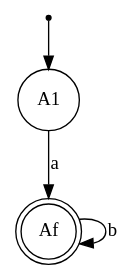
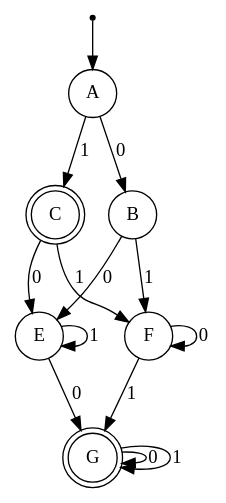
The diagram in examples/graphE.dot (Caramelo18/COMP-Project), drawn with Graphviz before and after one commit. The commit also changed 1 other file, not shown here.

```diff
--- a/examples/graphE.dot
+++ b/examples/graphE.dot
@@ -1,9 +1,19 @@
 digraph finite_state_machine {
     node [shape = point ]; Ai;
-    node [shape = doublecircle]; Af;
+    node [shape = doublecircle]; G; C;
 
     node [shape = circle];
-    Ai -> A1;
-    A1 -> Af [ label = "a" ];
-    Af -> Af  [ label = "b" ];
+    Ai -> A;
+    A -> B [label = "0"];
+    A -> C [label = "1"];
+    B -> E [label = "0"];
+    B -> F [label = "1"];
+    C -> E [label = "0"];
+    C -> F [label = "1"];
+    E -> G [label = "0"];
+    E -> E [label = "1"];
+    F -> G [label = "1"];
+    F -> F [label = "0"];
+    G -> G [label = "0"];
+    G -> G [label = "1"];
 }
```
